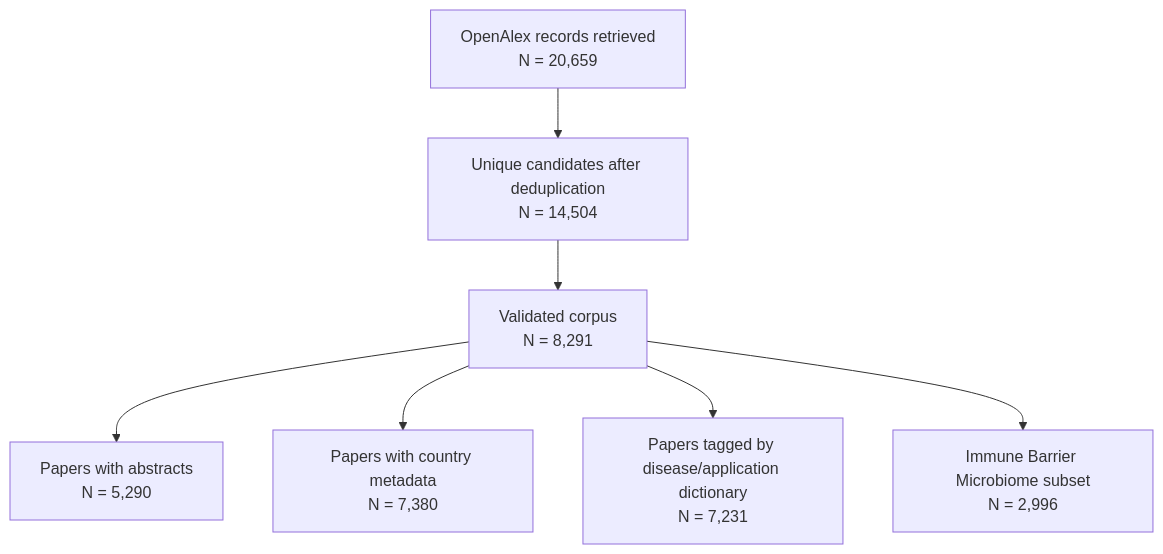
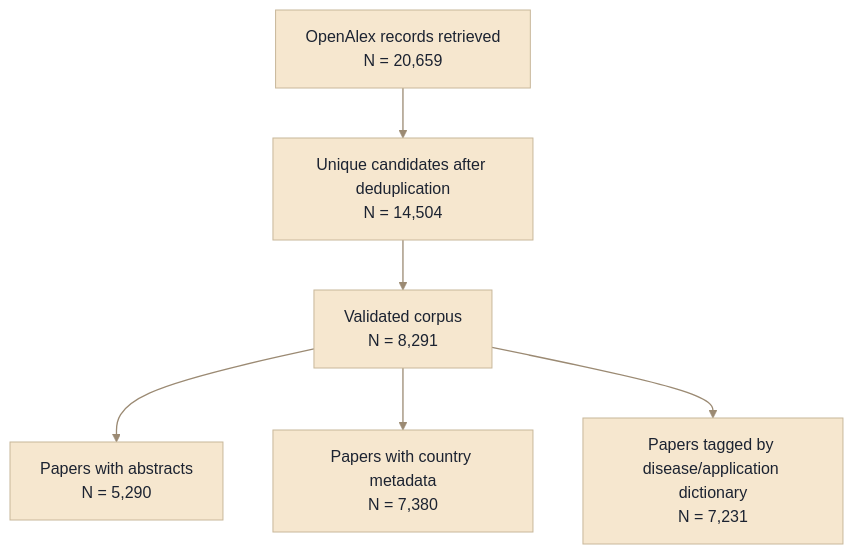
One commit to Trhova/Reproducible-bibliometric-analysis-pipeline changed the diagram in output/reports/ahr_corpus_flow.mmd. Above: the diagram before and after it, drawn with Mermaid. The commit also changed 12 other files, not shown here.

Commit message:
Add readable corpus-flow figure and simplify Mermaid flow

```diff
--- a/output/reports/ahr_corpus_flow.mmd
+++ b/output/reports/ahr_corpus_flow.mmd
@@ -1,14 +1,14 @@
 flowchart TD
-    N1["OpenAlex records retrieved<br/>N = 20,659"]
-    N2["Unique candidates after deduplication<br/>N = 14,504"]
-    N3["Validated corpus<br/>N = 8,291"]
-    N4["Papers with abstracts<br/>N = 5,290"]
-    N5["Papers with country metadata<br/>N = 7,380"]
-    N6["Papers tagged by disease/application dictionary<br/>N = 7,231"]
-    N7["Immune Barrier Microbiome subset<br/>N = 2,996"]
-    N1 --> N2
-    N2 --> N3
-    N3 --> N4
-    N3 --> N5
-    N3 --> N6
-    N3 --> N7
+    A["OpenAlex records retrieved<br/>N = 20,659"]
+    B["Unique candidates after deduplication<br/>N = 14,504"]
+    C["Validated corpus<br/>N = 8,291"]
+    D["Papers with abstracts<br/>N = 5,290"]
+    E["Papers with country metadata<br/>N = 7,380"]
+    F["Papers tagged by disease/application dictionary<br/>N = 7,231"]
+    A --> B --> C
+    C --> D
+    C --> E
+    C --> F
+    classDef stage fill:#F6E7CF,stroke:#C8B79A,color:#1C2331,stroke-width:1px;
+    class A,B,C,D,E,F stage;
+    linkStyle default stroke:#9B8A73,stroke-width:1.3px;
```
